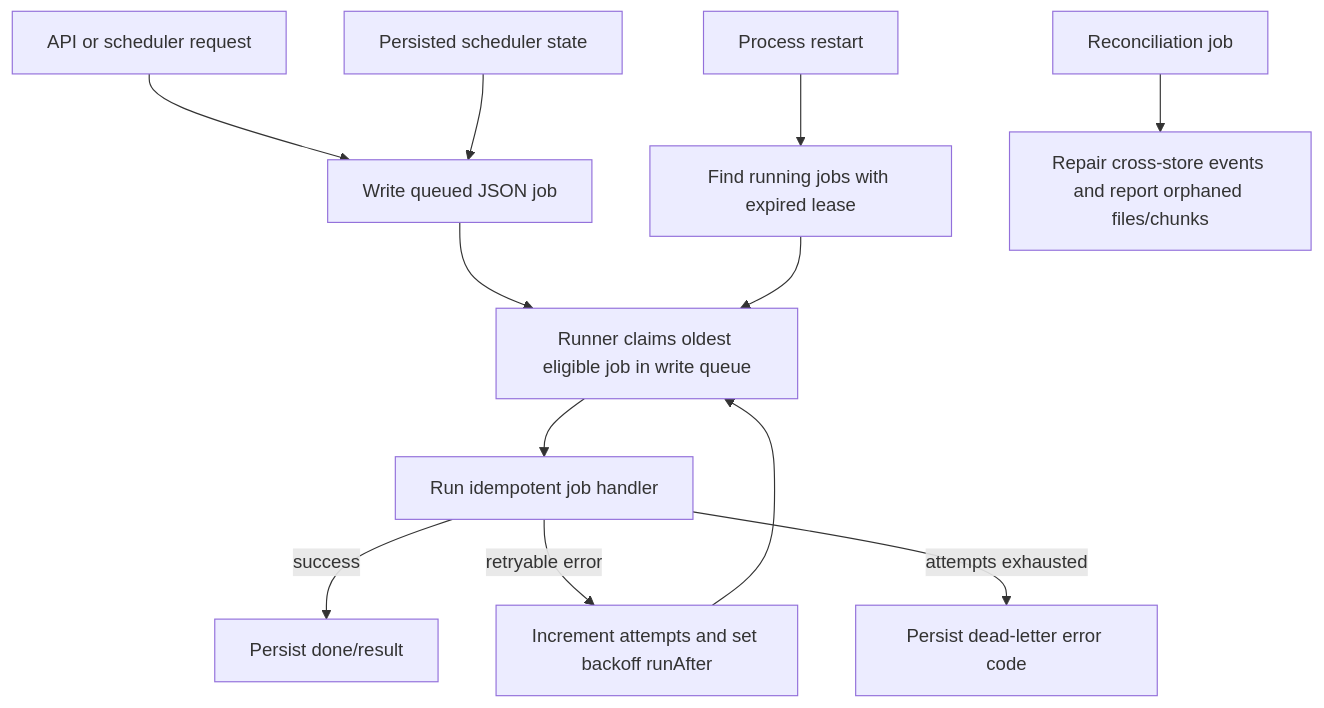
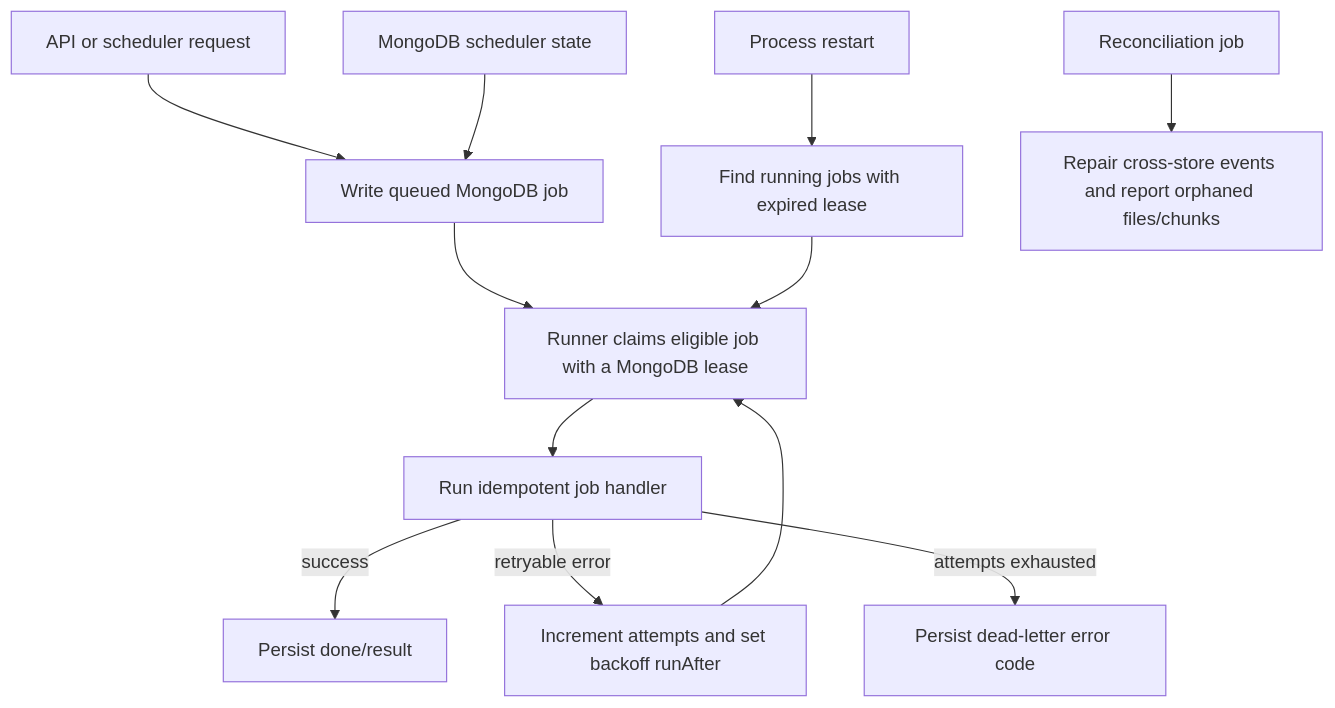
Before and after one commit to Nkululeko-data/ai-learning-assistant: the third of 3 diagrams in docs/architecture/Data-Flow.md, drawn with Mermaid. The commit also changed other lines of this file and 51 other files, not shown here.

````diff
--- a/docs/architecture/Data-Flow.md
+++ b/docs/architecture/Data-Flow.md
@@ -65,14 +65,14 @@
 ```mermaid
 flowchart TD
-  REQ[API or scheduler request] --> ENQ[Write queued JSON job]
-  ENQ --> CLAIM[Runner claims oldest eligible job in write queue]
+  REQ[API or scheduler request] --> ENQ[Write queued MongoDB job]
+  ENQ --> CLAIM[Runner claims eligible job with a MongoDB lease]
   CLAIM --> HANDLER[Run idempotent job handler]
   HANDLER -->|success| DONE[Persist done/result]
   HANDLER -->|retryable error| RETRY[Increment attempts and set backoff runAfter]
   RETRY --> CLAIM
   HANDLER -->|attempts exhausted| DEAD[Persist dead-letter error code]
   RESTART[Process restart] --> EXPIRED[Find running jobs with expired lease]
   EXPIRED --> CLAIM
-  SCHED[Persisted scheduler state] --> ENQ
+  SCHED[MongoDB scheduler state] --> ENQ
   RECON[Reconciliation job] --> REPAIR[Repair cross-store events and report orphaned files/chunks]
 ```
````
